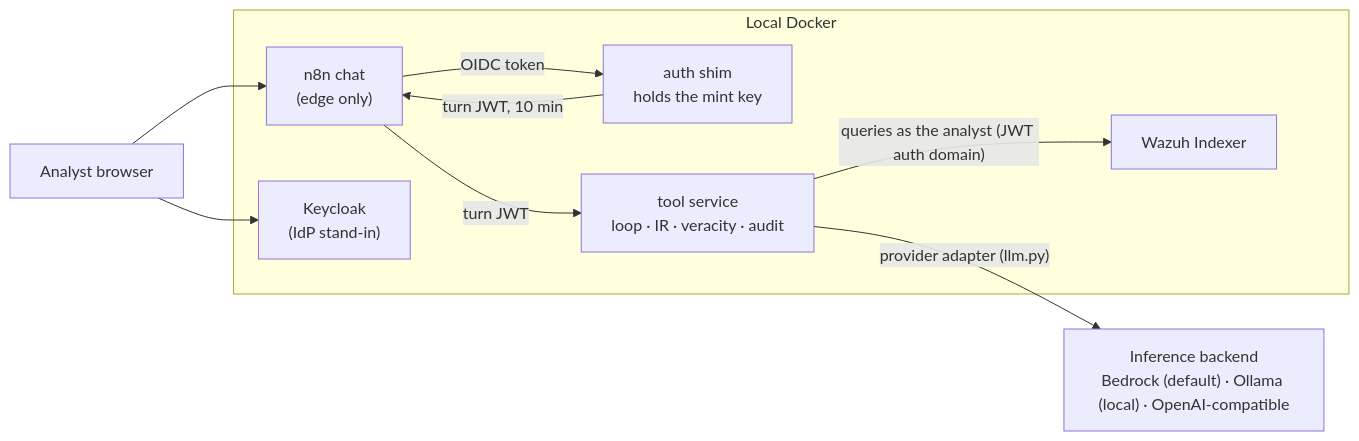
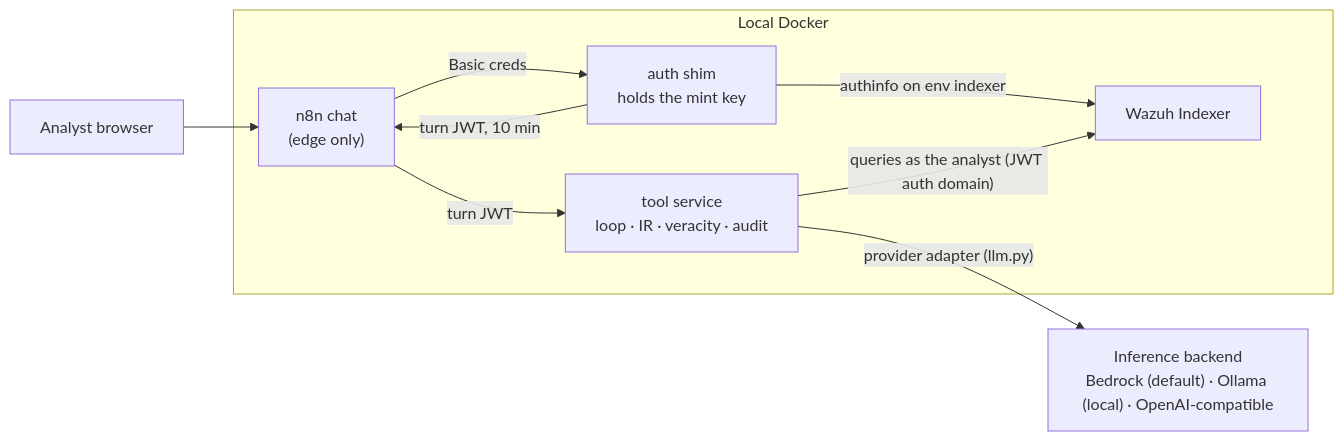
Before and after one commit to leonfullxr/Wazuh: the first of 3 diagrams in integrations/ai-assistant/README.md, drawn with Mermaid. The commit also changed other lines of this file and 49 other files, not shown here.

First line of the commit message:
feat(ai-assistant): V3.6 indexer authinfo identity and V3.7 domain context

````diff
--- a/integrations/ai-assistant/README.md
+++ b/integrations/ai-assistant/README.md
@@ -49,17 +49,16 @@
 ```mermaid
 flowchart LR
   A["Analyst browser"] --> N["n8n chat<br/>(edge only)"]
-  A --> KC["Keycloak<br/>(IdP stand-in)"]
-  N -->|OIDC token| SHIM["auth shim<br/>holds the mint key"]
+  N -->|Basic creds| SHIM["auth shim<br/>holds the mint key"]
+  SHIM -->|authinfo on env indexer| IX["Wazuh Indexer"]
   SHIM -->|turn JWT, 10 min| N
   N -->|turn JWT| TS["tool service<br/>loop · IR · veracity · audit"]
-  TS -->|"queries as the analyst (JWT auth domain)"| IX["Wazuh Indexer"]
+  TS -->|"queries as the analyst (JWT auth domain)"| IX
   TS -->|"provider adapter (llm.py)"| BR["Inference backend<br/>Bedrock (default) · Ollama (local) · OpenAI-compatible"]
   subgraph Local Docker
     N
-    KC
     SHIM
     TS
     IX
   end
 ```
````
